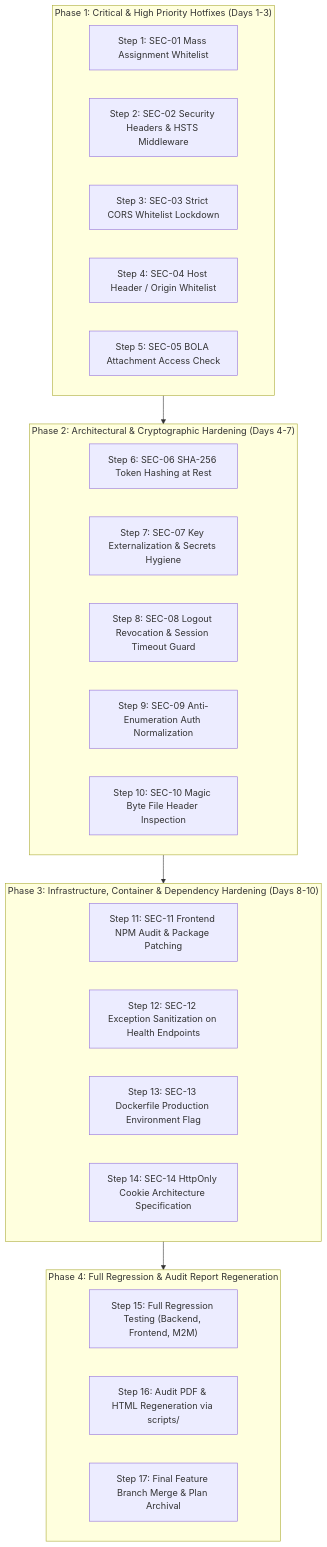
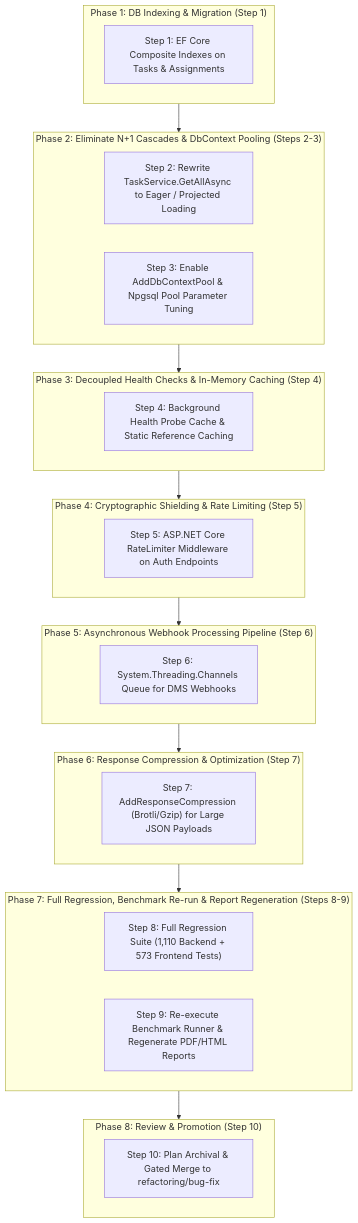
The third of 3 diagrams in docs/PLAN.md (FourDirections-Capstone-Organization/STARS), drawn with Mermaid before and after one commit. The commit also changed other lines of this file and 2 other files, not shown here.

Commit message:
perf(db): [Step 1] Add composite database indexes on Tasks and TaskDeliveryDetails

````diff
--- a/docs/PLAN.md
+++ b/docs/PLAN.md
@@ -31,35 +170,44 @@
 ```mermaid
 flowchart TD
-    subgraph Phase1["Phase 1: Critical & High Priority Hotfixes (Days 1-3)"]
-        S01["Step 1: SEC-01 Mass Assignment Whitelist"]
-        S02["Step 2: SEC-02 Security Headers & HSTS Middleware"]
-        S03["Step 3: SEC-03 Strict CORS Whitelist Lockdown"]
-        S04["Step 4: SEC-04 Host Header / Origin Whitelist"]
-        S05["Step 5: SEC-05 BOLA Attachment Access Check"]
+    subgraph Phase1["Phase 1: DB Indexing & Migration (Step 1)"]
+        S1["Step 1: EF Core Composite Indexes on Tasks & Assignments"]
     end
 
-    subgraph Phase2["Phase 2: Architectural & Cryptographic Hardening (Days 4-7)"]
-        S06["Step 6: SEC-06 SHA-256 Token Hashing at Rest"]
-        S07["Step 7: SEC-07 Key Externalization & Secrets Hygiene"]
-        S08["Step 8: SEC-08 Logout Revocation & Session Timeout Guard"]
-        S09["Step 9: SEC-09 Anti-Enumeration Auth Normalization"]
-        S10["Step 10: SEC-10 Magic Byte File Header Inspection"]
+    subgraph Phase2["Phase 2: Eliminate N+1 Cascades & DbContext Pooling (Steps 2-3)"]
+        S2["Step 2: Rewrite TaskService.GetAllAsync to Eager / Projected Loading"]
+        S3["Step 3: Enable AddDbContextPool & Npgsql Pool Parameter Tuning"]
     end
 
-    subgraph Phase3["Phase 3: Infrastructure, Container & Dependency Hardening (Days 8-10)"]
-        S11["Step 11: SEC-11 Frontend NPM Audit & Package Patching"]
-        S12["Step 12: SEC-12 Exception Sanitization on Health Endpoints"]
-        S13["Step 13: SEC-13 Dockerfile Production Environment Flag"]
-        S14["Step 14: SEC-14 HttpOnly Cookie Architecture Specification"]
+    subgraph Phase3["Phase 3: Decoupled Health Checks & In-Memory Caching (Step 4)"]
+        S4["Step 4: Background Health Probe Cache & Static Reference Caching"]
     end
 
-    subgraph Phase4["Phase 4: Full Regression & Audit Report Regeneration"]
-        S15["Step 15: Full Regression Testing (Backend, Frontend, M2M)"]
-        S16["Step 16: Audit PDF & HTML Regeneration via scripts/"]
-        S17["Step 17: Final Feature Branch Merge & Plan Archival"]
+    subgraph Phase4["Phase 4: Cryptographic Shielding & Rate Limiting (Step 5)"]
+        S5["Step 5: ASP.NET Core RateLimiter Middleware on Auth Endpoints"]
+    end
+
+    subgraph Phase5["Phase 5: Asynchronous Webhook Processing Pipeline (Step 6)"]
+        S6["Step 6: System.Threading.Channels Queue for DMS Webhooks"]
+    end
+
+    subgraph Phase6["Phase 6: Response Compression & Optimization (Step 7)"]
+        S7["Step 7: AddResponseCompression (Brotli/Gzip) for Large JSON Payloads"]
+    end
+
+    subgraph Phase7["Phase 7: Full Regression, Benchmark Re-run & Report Regeneration (Steps 8-9)"]
+        S8["Step 8: Full Regression Suite (1,110 Backend + 573 Frontend Tests)"]
+        S9["Step 9: Re-execute Benchmark Runner & Regenerate PDF/HTML Reports"]
+    end
+
+    subgraph Phase8["Phase 8: Review & Promotion (Step 10)"]
+        S10["Step 10: Plan Archival & Gated Merge to refactoring/bug-fix"]
     end
 
     Phase1 --> Phase2
     Phase2 --> Phase3
     Phase3 --> Phase4
+    Phase4 --> Phase5
+    Phase5 --> Phase6
+    Phase6 --> Phase7
+    Phase7 --> Phase8
 ```
````
